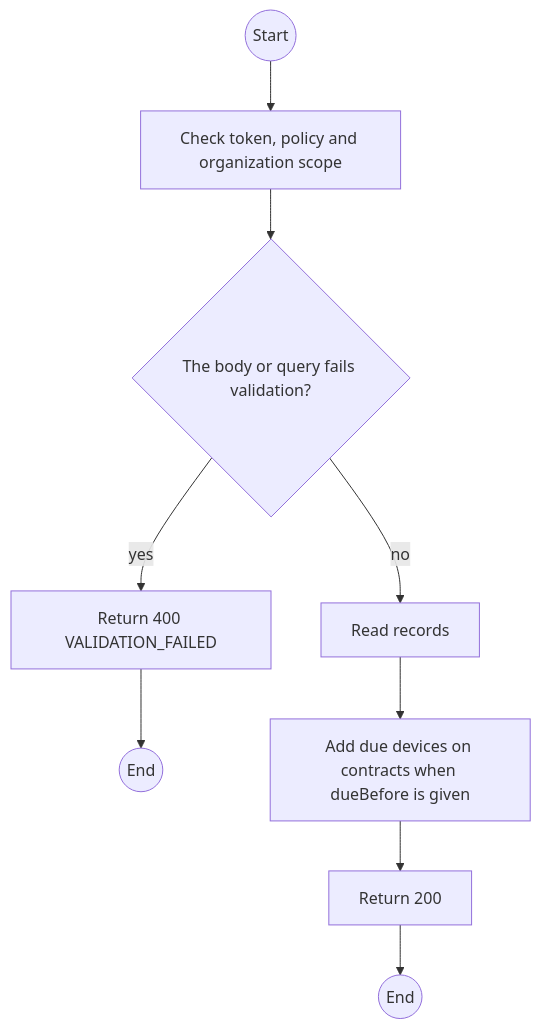
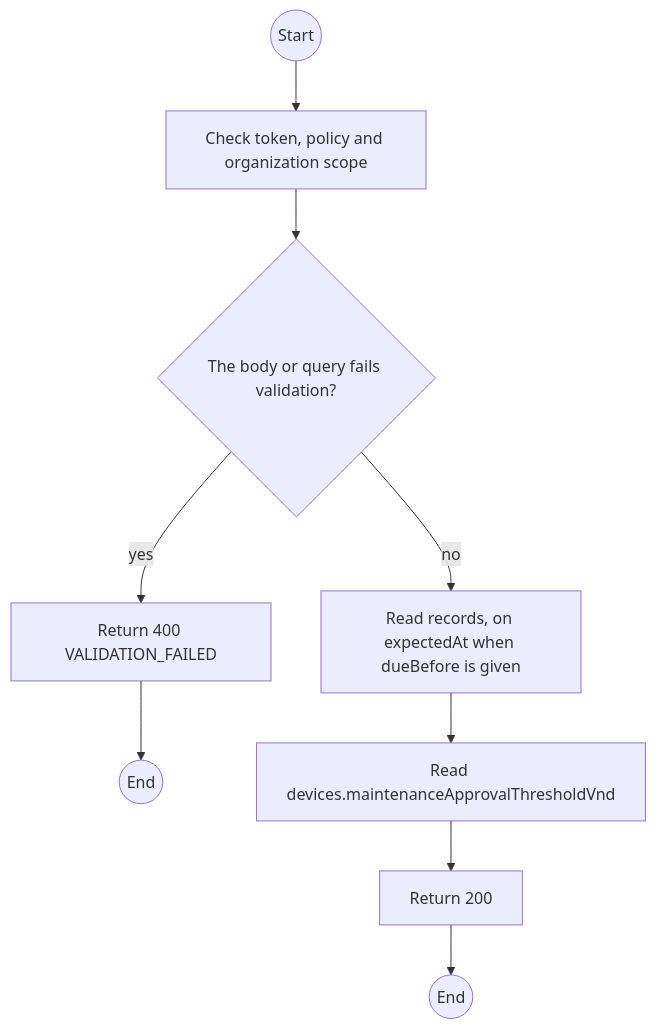
The first of 2 diagrams in specs/devices/api-design/15-get-maintenance-records.md (TrekLink-Team/treklink-web), drawn with Mermaid before and after one commit. The commit also changed other lines of this file and 5 other files, not shown here.

First line of the commit message:
feat: return the maintenance approval threshold with the record list

````diff
--- a/specs/devices/api-design/15-get-maintenance-records.md
+++ b/specs/devices/api-design/15-get-maintenance-records.md
@@ -147,18 +148,18 @@
 ```mermaid
 flowchart TB
     S((Start))
     A0["Check token, policy and organization scope"]
     S --> A0
     D1{"The body or query fails validation?"}
     A0 --> D1
     E1["Return 400 VALIDATION_FAILED"]
     D1 -->|yes| E1
     E1 --> X1((End))
-    P0["Read records"]
+    P0["Read records, on expectedAt when dueBefore is given"]
     D1 -->|no| P0
-    P1["Add due devices on contracts when dueBefore is given"]
+    P1["Read devices.maintenanceApprovalThresholdVnd"]
     P0 --> P1
     OK["Return 200"]
     P1 --> OK
     OK --> Z((End))
 ```
````
